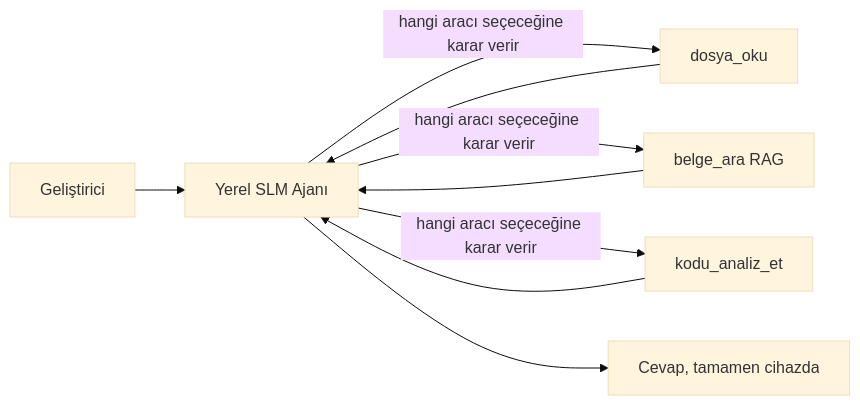
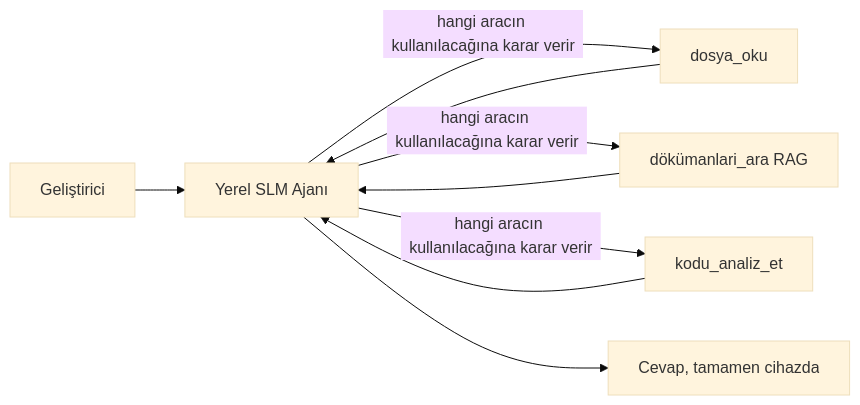
One commit to gabrielmoreira/agent-skills-mirror changed the first of 4 diagrams in mirrors/repos/microsoft@ai-agents-for-beginners/translations/tr/17-creating-local-ai-agents/README.md. Above: the diagram before and after it, drawn with Mermaid (base theme). The commit also changed other lines of this file and 4262 other files, not shown here.

````diff
--- a/mirrors/repos/microsoft@ai-agents-for-beginners/translations/tr/17-creating-local-ai-agents/README.md
+++ b/mirrors/repos/microsoft@ai-agents-for-beginners/translations/tr/17-creating-local-ai-agents/README.md
@@ -66,11 +66,11 @@
 ```mermaid
 flowchart LR
     U[Geliştirici] --> A[Yerel SLM Ajanı]
-    A -->|hangi aracı seçeceğine karar verir| T1[dosya_oku]
-    A -->|hangi aracı seçeceğine karar verir| T2[belge_ara RAG]
-    A -->|hangi aracı seçeceğine karar verir| T3[kodu_analiz_et]
+    A -->|hangi aracın kullanılacağına karar verir| T1[dosya_oku]
+    A -->|hangi aracın kullanılacağına karar verir| T2[dökümanlari_ara RAG]
+    A -->|hangi aracın kullanılacağına karar verir| T3[kodu_analiz_et]
     T1 --> A
     T2 --> A
     T3 --> A
     A --> R[Cevap, tamamen cihazda]
 ```
````
